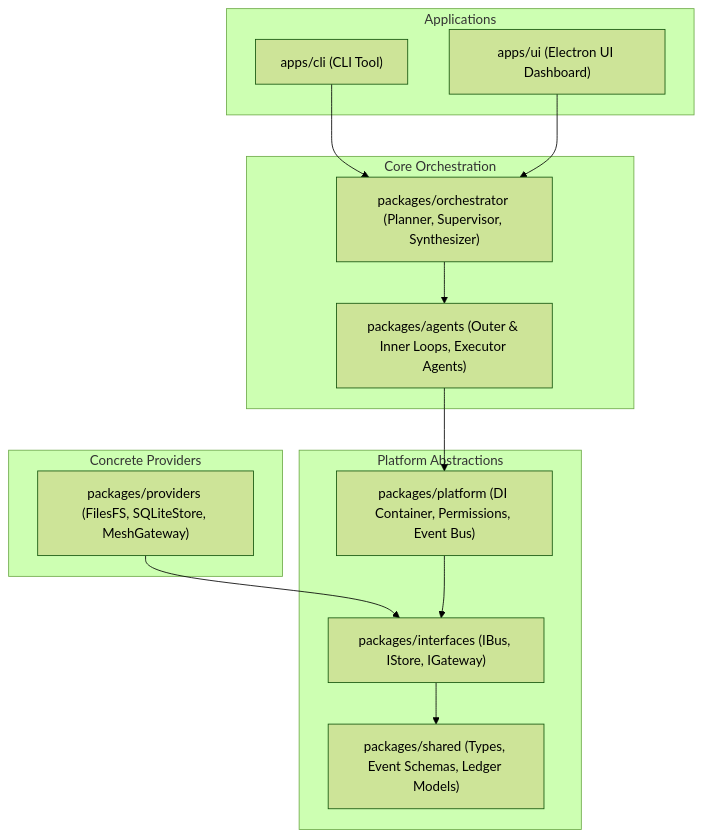
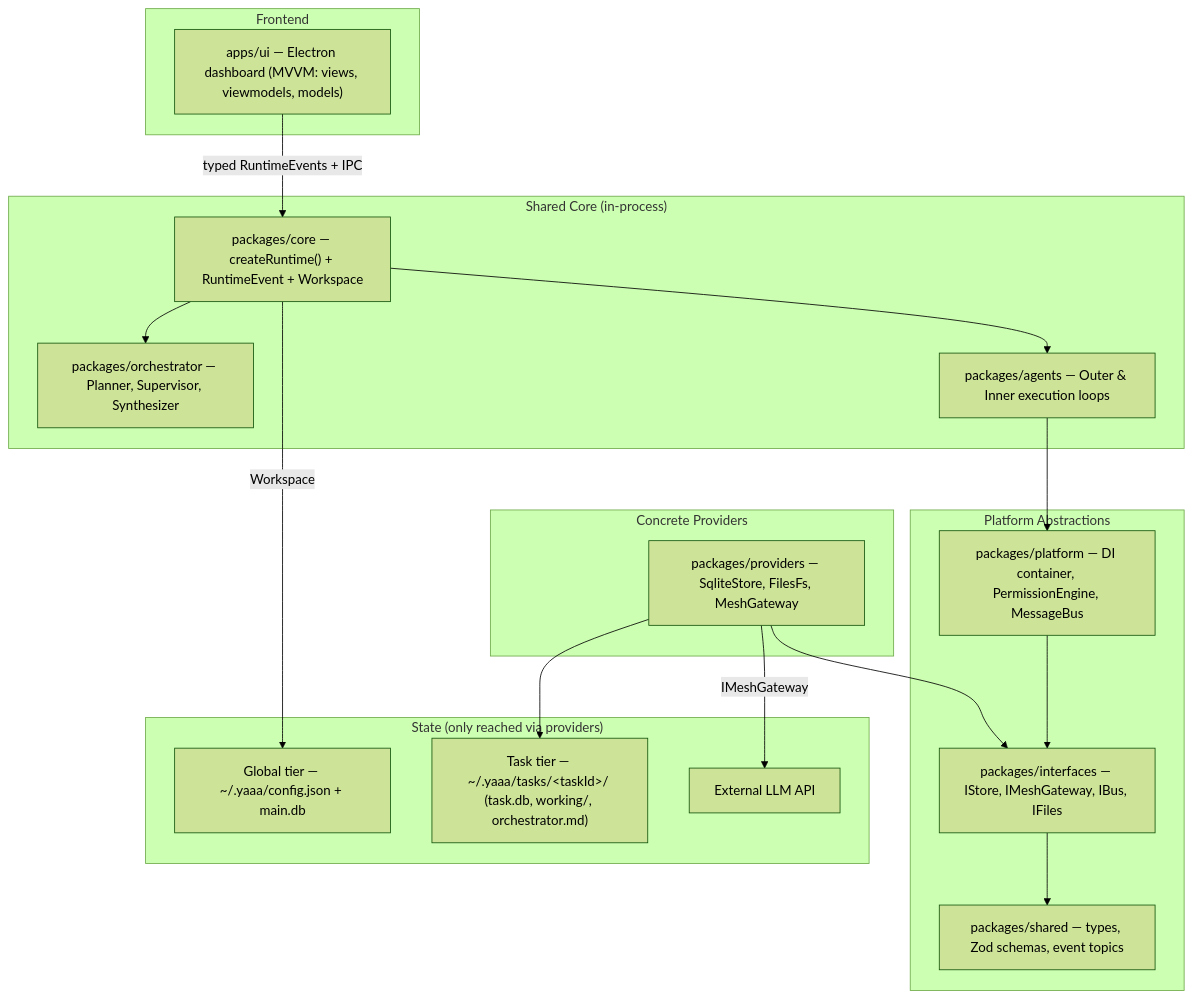
Before and after one commit to Yet-Another-AI-Agent/YAAA: the diagram in README.md, drawn with Mermaid (forest theme). The commit also changed other lines of this file and 29 other files, not shown here.

First line of the commit message:
refactor: cut UI<->CLI subprocess; run engine in-process; delete CLI

````diff
--- a/README.md
+++ b/README.md
@@ -11,31 +13,39 @@
 ```mermaid
 graph TD
-    subgraph Applications
-        CLI["apps/cli (CLI Tool)"]
-        UI["apps/ui (Electron UI Dashboard)"]
+    subgraph Frontend
+        UI["apps/ui — Electron dashboard (MVVM: views, viewmodels, models)"]
     end
 
-    subgraph Core Orchestration
-        Orchestrator["packages/orchestrator (Planner, Supervisor, Synthesizer)"]
-        Agents["packages/agents (Outer & Inner Loops, Executor Agents)"]
+    subgraph SharedCore["Shared Core (in-process)"]
+        Core["packages/core — createRuntime() + RuntimeEvent + Workspace"]
+        Orchestrator["packages/orchestrator — Planner, Supervisor, Synthesizer"]
+        Agents["packages/agents — Outer & Inner execution loops"]
     end
 
-    subgraph Platform Abstractions
-        Platform["packages/platform (DI Container, Permissions, Event Bus)"]
-        Interfaces["packages/interfaces (IBus, IStore, IGateway)"]
-        Shared["packages/shared (Types, Event Schemas, Ledger Models)"]
+    subgraph Platform["Platform Abstractions"]
+        Platform2["packages/platform — DI container, PermissionEngine, MessageBus"]
+        Interfaces["packages/interfaces — IStore, IMeshGateway, IBus, IFiles"]
+        Shared["packages/shared — types, Zod schemas, event topics"]
     end
 
-    subgraph Concrete Providers
-        Providers["packages/providers (FilesFS, SQLiteStore, MeshGateway)"]
+    subgraph Providers["Concrete Providers"]
+        Providers2["packages/providers — SqliteStore, FilesFs, MeshGateway"]
     end
 
-    %% Dependencies
-    CLI --> Orchestrator
-    UI --> Orchestrator
-    Orchestrator --> Agents
-    Agents --> Platform
-    Providers --> Interfaces
-    Platform --> Interfaces
+    subgraph State["State (only reached via providers)"]
+        Global["Global tier — ~/.yaaa/config.json + main.db"]
+        Task["Task tier — ~/.yaaa/tasks/&lt;taskId&gt;/ (task.db, working/, orchestrator.md)"]
+        LLM["External LLM API"]
+    end
+
+    UI -->|typed RuntimeEvents + IPC| Core
+    Core --> Orchestrator
+    Core --> Agents
+    Core -->|Workspace| Global
+    Agents --> Platform2
+    Platform2 --> Interfaces
+    Providers2 --> Interfaces
     Interfaces --> Shared
+    Providers2 --> Task
+    Providers2 -->|IMeshGateway| LLM
 ```
````
